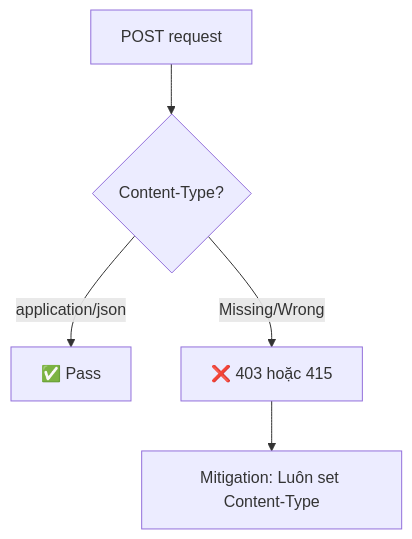
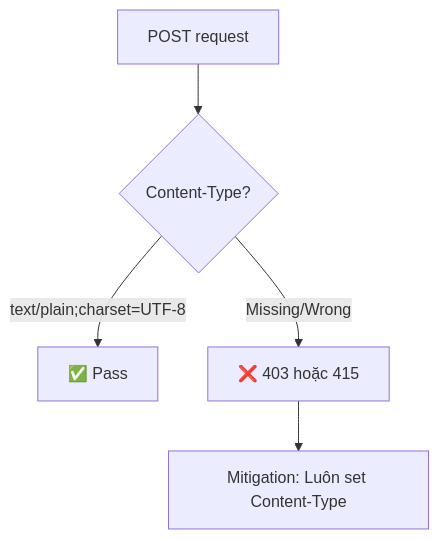
Before and after one commit to lynkvproerror/vadveopromax: diagram 12 of 17 in 00 - Documentation/03_Backend/API_403_RISK_ANALYSIS.md, drawn with Mermaid. The commit also changed other lines of this file and 91 other files, not shown here.

````diff
--- a/00 - Documentation/03_Backend/API_403_RISK_ANALYSIS.md
+++ b/00 - Documentation/03_Backend/API_403_RISK_ANALYSIS.md
@@ -396,8 +396,8 @@
 ```mermaid
 flowchart TD
     A["POST request"] --> B{"Content-Type?"}
-    B -->|"application/json"| C["✅ Pass"]
+    B -->|"text/plain;charset=UTF-8"| C["✅ Pass"]
     B -->|"Missing/Wrong"| D["❌ 403 hoặc 415"]
     
     D --> E["Mitigation: Luôn set Content-Type"]
 ```
````
